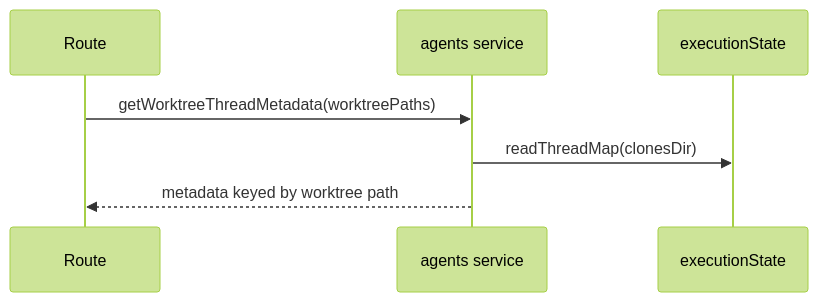
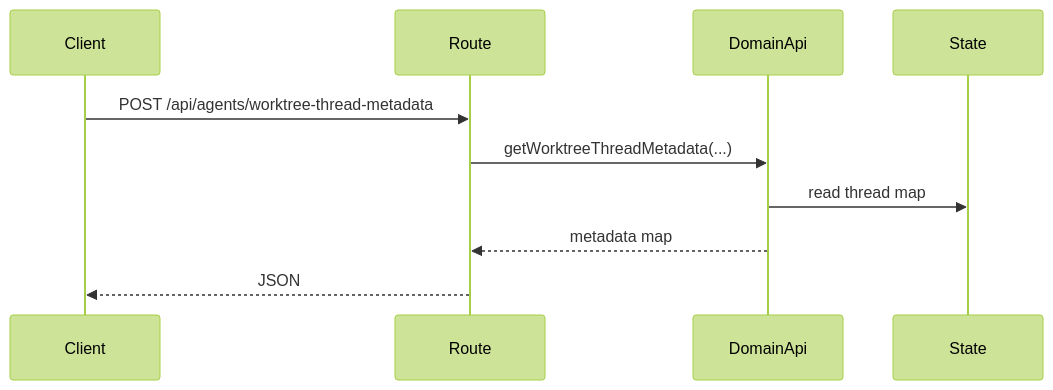
The fifth of 5 diagrams in src/backend/domains/agents/README.md (TurtleStoffel/tektite-console), drawn with Mermaid (forest theme) before and after one commit. The commit also changed other lines of this file and 30 other files, not shown here.

Commit message:
split domainApi from service

````diff
--- a/src/backend/domains/agents/README.md
+++ b/src/backend/domains/agents/README.md
@@ -87,9 +68,12 @@
 ```mermaid
 sequenceDiagram
+    participant Client
     participant Route
-    participant Service as agents service
-    participant State as executionState
-    Route->>Service: getWorktreeThreadMetadata(worktreePaths)
-    Service->>State: readThreadMap(clonesDir)
-    Service-->>Route: metadata keyed by worktree path
+    participant DomainApi
+    participant State
+    Client->>Route: POST /api/agents/worktree-thread-metadata
+    Route->>DomainApi: getWorktreeThreadMetadata(...)
+    DomainApi->>State: read thread map
+    DomainApi-->>Route: metadata map
+    Route-->>Client: JSON
 ```
````
